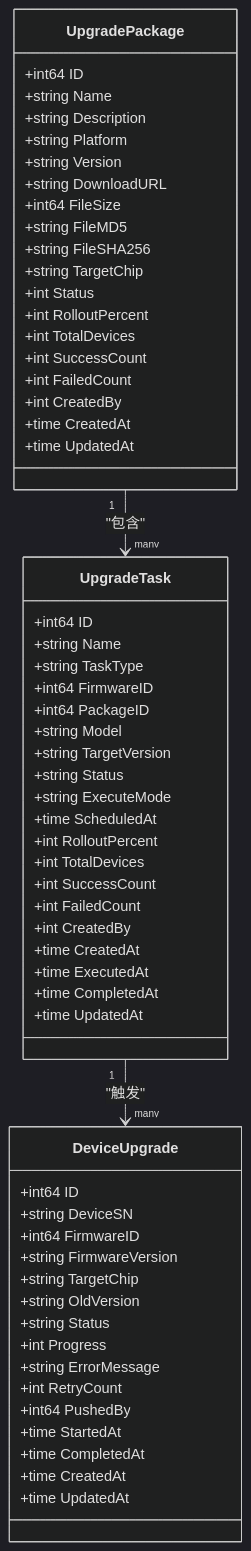
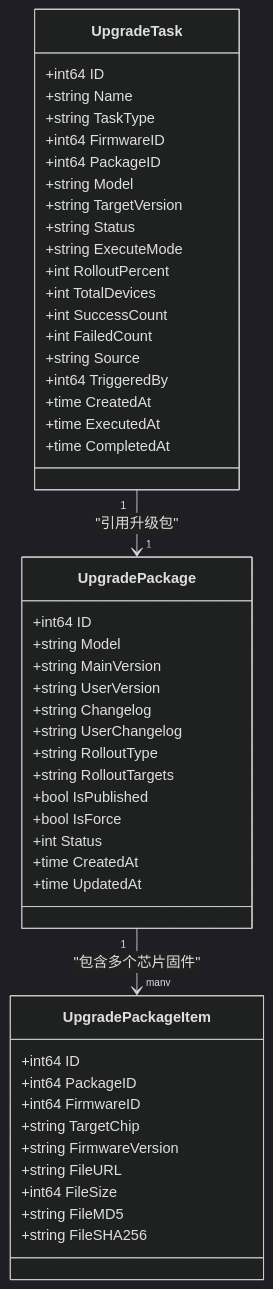
Before and after one commit to mcmrzy/cs_inv_monitor-develop: the second of 14 diagrams in .qoder/repowiki/zh/content/OTA升级系统/OTA升级系统.md, drawn with Mermaid (dark theme). The commit also changed other lines of this file and 28 other files, not shown here.

````diff
--- a/.qoder/repowiki/zh/content/OTA升级系统/OTA升级系统.md
+++ b/.qoder/repowiki/zh/content/OTA升级系统/OTA升级系统.md
@@ -126,63 +163,51 @@
 ```mermaid
 classDiagram
 class UpgradePackage {
 +int64 ID
-+string Name
-+string Description
-+string Platform
-+string Version
-+string DownloadURL
++string Model
++string MainVersion
++string UserVersion
++string Changelog
++string UserChangelog
++string RolloutType
++string RolloutTargets
++bool IsPublished
++bool IsForce
++int Status
++time CreatedAt
++time UpdatedAt
+}
+class UpgradePackageItem {
++int64 ID
++int64 PackageID
++int64 FirmwareID
++string TargetChip
++string FirmwareVersion
++string FileURL
 +int64 FileSize
 +string FileMD5
 +string FileSHA256
-+string TargetChip
-+int Status
-+int RolloutPercent
-+int TotalDevices
-+int SuccessCount
-+int FailedCount
-+int CreatedBy
-+time CreatedAt
-+time UpdatedAt
 }
 class UpgradeTask {
 +int64 ID
 +string Name
 +string TaskType
 +int64 FirmwareID
 +int64 PackageID
 +string Model
 +string TargetVersion
 +string Status
 +string ExecuteMode
-+time ScheduledAt
 +int RolloutPercent
 +int TotalDevices
 +int SuccessCount
 +int FailedCount
-+int CreatedBy
++string Source
++int64 TriggeredBy
 +time CreatedAt
 +time ExecutedAt
 +time CompletedAt
-+time UpdatedAt
 }
-class DeviceUpgrade {
-+int64 ID
-+string DeviceSN
-+int64 FirmwareID
-+string FirmwareVersion
-+string TargetChip
-+string OldVersion
-+string Status
-+int Progress
-+string ErrorMessage
-+int RetryCount
-+int64 PushedBy
-+time StartedAt
-+time CompletedAt
-+time CreatedAt
-+time UpdatedAt
-}
-UpgradePackage "1" --> "many" UpgradeTask : "包含"
-UpgradeTask "1" --> "many" DeviceUpgrade : "触发"
+UpgradePackage "1" --> "many" UpgradePackageItem : "包含多个芯片固件"
+UpgradeTask "1" --> "1" UpgradePackage : "引用升级包"
 ```
````
